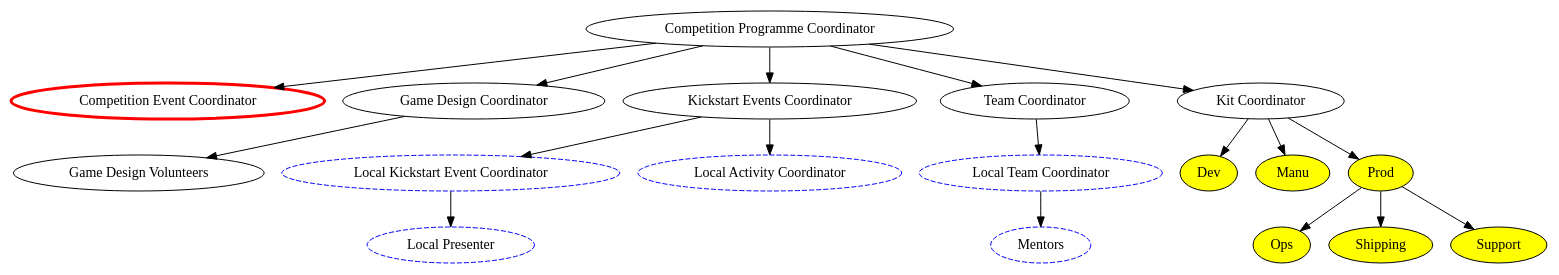
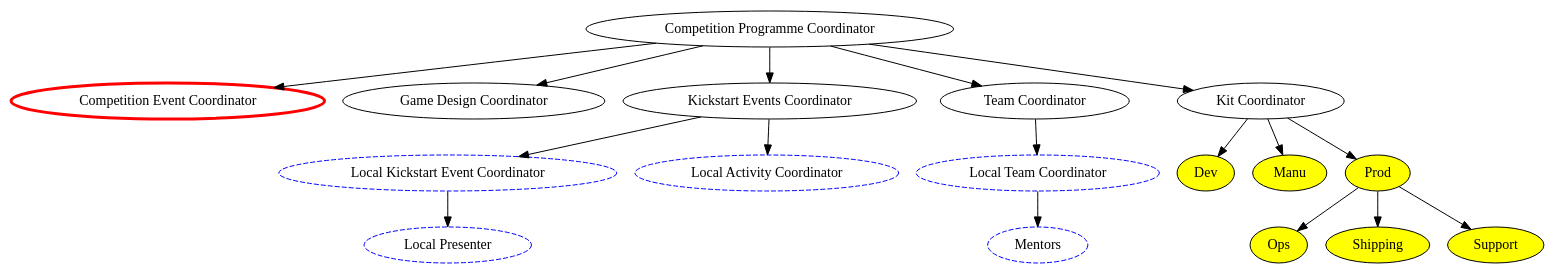
One commit to Adimote/legacy-ops-manual changed the diagram in org-chart/comp-prog.dot. Above: the diagram before and after it, drawn with Graphviz.

Commit message:
Remove game design volunteers from org-chart
These can be an unnamed role

```diff
--- a/org-chart/comp-prog.dot
+++ b/org-chart/comp-prog.dot
@@ -1,52 +1,48 @@
 digraph {
 	####### Node declarations
 	comp_prog_coord [label="Competition Programme Coordinator" email="competition-program@studentrobotics.org"];
 	
 	# Competition Coordinator Subordinates
 	comp_event_coord [label="Competition Event Coordinator" color=red penwidth=3 rolesexclude=true]; // Email and tel defined in comp-event.dot
 	game_design_coord [label="Game Design Coordinator" email="game-design@studentrobotics.org"];
 	kickstart_event_coord [label="Kickstart Events Coordinator" email="kickstart@studentrobotics.org"];
 	team_coord [label="Team Coordinator" email="teams@studentrobotics.org"];
 	kit [label="Kit Coordinator" email="kit@studentrobotics.org"];
 	
 	### Fourth Level
 	
 	# Kickstart Event Coordinator Subordinates
 	local_ks_event_coord[label="Local Kickstart Event Coordinator" color=blue style=dashed contactsexclude=true];
 	local_activity_coord[label="Local Activity Coordinator" color=blue style=dashed contactsexclude=true];
 	
 	local_team_coord[label="Local Team Coordinator" color=blue style=dashed contactsexclude=true];
-
-	game_design_volunteers[label="Game Design Volunteers" contactsexclude=true];
 
 	# Kit Coordinator Subordinates
 	kit_dev[label="Dev" fillcolor=yellow style=filled contactsexclude=true];
 	kit_manu[label="Manu" fillcolor=yellow style=filled contactsexclude=true];
 	kit_prod[label="Prod" fillcolor=yellow style=filled contactsexclude=true];
 	
 	### Fifth Level
 	local_presenter[label="Local Presenter" color=blue style=dashed contactsexclude=true];
 	
 	mentors[label="Mentors" color=blue style=dashed contactsexclude=true];
 	
 	# Kit Prod Subordinates
 	kit_ops[label="Ops" fillcolor=yellow style=filled contactsexclude=true];
 	kit_shipping[label="Shipping" fillcolor=yellow style=filled contactsexclude=true];
 	kit_support[label="Support" fillcolor=yellow style=filled contactsexclude=true];
 	
 	###### Connections between nodes
 	
 	comp_prog_coord -> { comp_event_coord game_design_coord kickstart_event_coord team_coord kit };
 	
 	kickstart_event_coord -> { local_ks_event_coord local_activity_coord };
 		
 	local_ks_event_coord -> { local_presenter };
 		
 	team_coord -> local_team_coord;
 	local_team_coord -> mentors;
 		
 	kit -> { kit_dev kit_manu kit_prod };
 	kit_prod -> { kit_ops kit_shipping kit_support };
-
-	game_design_coord -> game_design_volunteers;
 }
```
